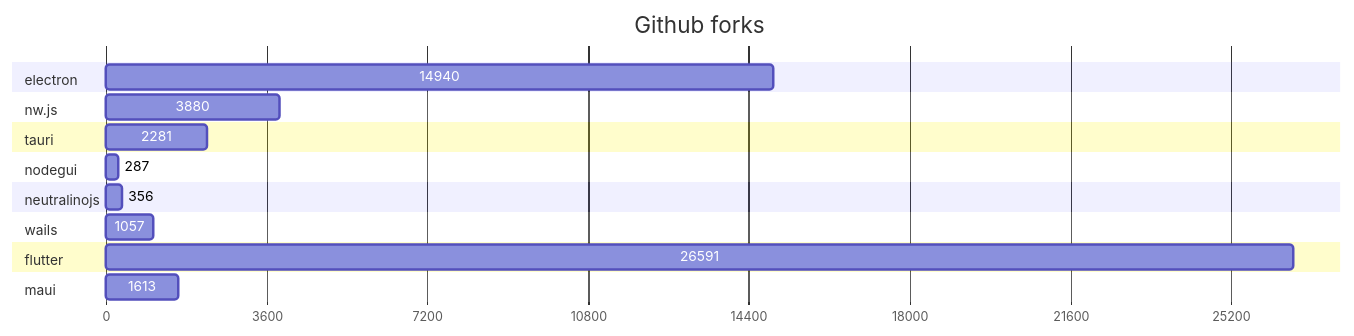
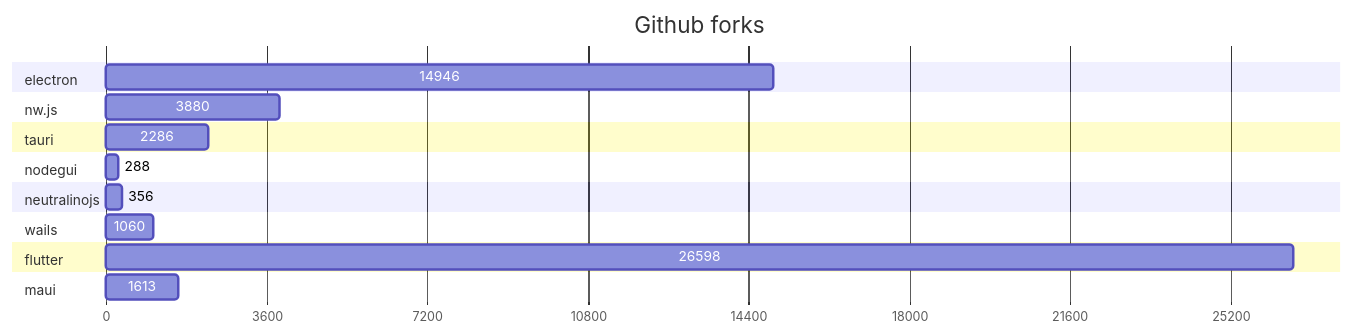
Before and after one commit to Elanis/web-to-desktop-framework-comparison: the second of 2 diagrams in GRAPHS.md, drawn with Mermaid. The commit also changed other lines of this file and 2 other files, not shown here.

````diff
--- a/GRAPHS.md
+++ b/GRAPHS.md
@@ -47,40 +47,40 @@
 ```mermaid
 gantt
     title Github forks
     dateFormat  X
     axisFormat %s
 
 
 	section electron
-	14940 : 0, 14940
+	14946 : 0, 14946
 
 	
 	section nw.js
 	3880 : 0, 3880
 
 	
 	section tauri
-	2281 : 0, 2281
+	2286 : 0, 2286
 
 	
 	section nodegui
-	287 : 0, 287
+	288 : 0, 288
 
 	
 	section neutralinojs
 	356 : 0, 356
 
 	
 	section wails
-	1057 : 0, 1057
+	1060 : 0, 1060
 
 	
 	section flutter
-	26591 : 0, 26591
+	26598 : 0, 26598
 
 	
 	section maui
 	1613 : 0, 1613
 
 	
 ```
````
